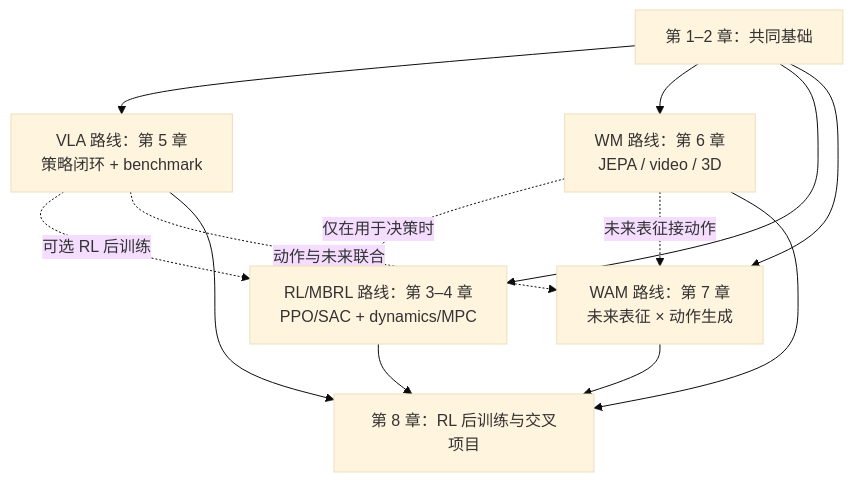
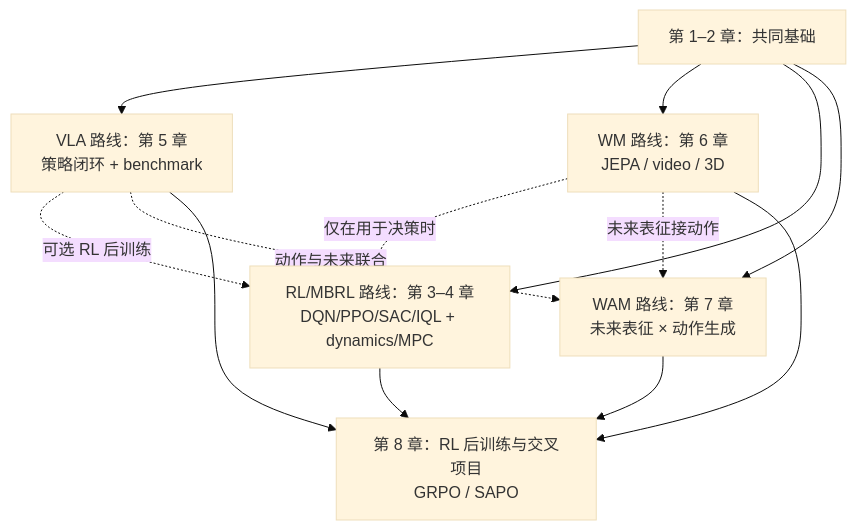
Before and after one commit to Faraday-2024/Embodied-AI-Start: the diagram in docs/roadmap.md, drawn with Mermaid (base theme). The commit also changed 2 other files, not shown here.

Commit message:
docs: update reinforcement learning diagrams

````diff
--- a/docs/roadmap.md
+++ b/docs/roadmap.md
@@ -22,15 +22,15 @@
 ```mermaid
 flowchart TD
     F["第 1–2 章：共同基础"] --> V["VLA 路线：第 5 章<br/>策略闭环 + benchmark"]
     F --> W["WM 路线：第 6 章<br/>JEPA / video / 3D"]
-    F --> R["RL/MBRL 路线：第 3–4 章<br/>PPO/SAC + dynamics/MPC"]
+    F --> R["RL/MBRL 路线：第 3–4 章<br/>DQN/PPO/SAC/IQL + dynamics/MPC"]
     F --> A["WAM 路线：第 7 章<br/>未来表征 × 动作生成"]
     W -. "仅在用于决策时" .-> R
     V -. "可选 RL 后训练" .-> R
     V -. "动作与未来联合" .-> A
     W -. "未来表征接动作" .-> A
-    V --> E["第 8 章：RL 后训练与交叉项目"]
+    V --> E["第 8 章：RL 后训练与交叉项目<br/>GRPO / SAPO"]
     W --> E
     R --> E
     A --> E
 ```
````
